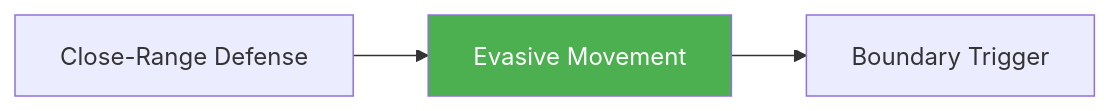
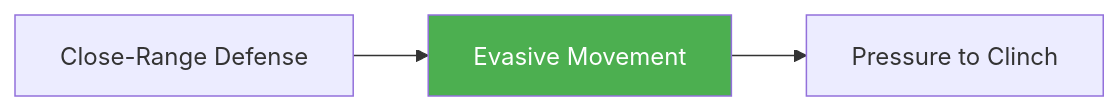
The diagram in docs/games/evasive-movement.md (ACalienes/Ecological-MMA-Game-System), drawn with Mermaid before and after one commit. The commit also changed other lines of this file and 62 other files, not shown here.

````diff
--- a/docs/games/evasive-movement.md
+++ b/docs/games/evasive-movement.md
@@ -150,7 +290,7 @@
 ```mermaid
 flowchart LR
     A[Close-Range Defense] --> B[Evasive Movement]
-    B --> C[Boundary Trigger]
+    B --> C[Pressure to Clinch]
 
     style B fill:#4CAF50,color:#fff
 ```
````
